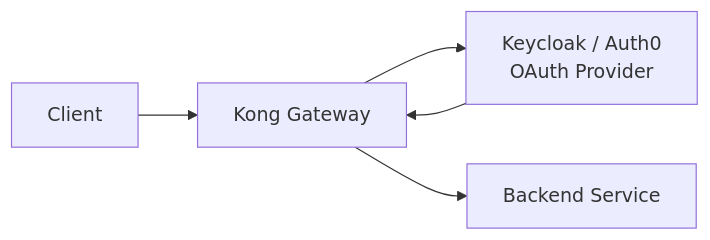
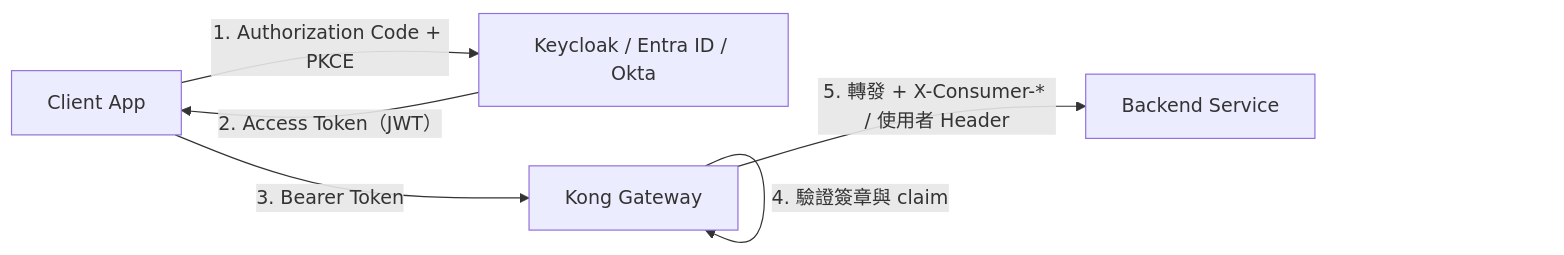
Before and after one commit to chihhung/Blog: diagram 12 of 22 in content/posts/教學/工具/Kong API Gateway教學手冊.md, drawn with Mermaid. The commit also changed other lines of this file and 10 other files, not shown here.

````diff
--- a/content/posts/教學/工具/Kong API Gateway教學手冊.md
+++ b/content/posts/教學/工具/Kong API Gateway教學手冊.md
@@ -1207,7 +2133,8 @@
 ```mermaid
 graph LR
-    Client[Client] --> Kong[Kong Gateway]
-    Kong --> Auth[Keycloak / Auth0<br/>OAuth Provider]
-    Auth --> Kong
-    Kong --> Backend[Backend Service]
+    Client[Client App] -->|1. Authorization Code + PKCE| IdP[Keycloak / Entra ID / Okta]
+    IdP -->|2. Access Token（JWT）| Client
+    Client -->|3. Bearer Token| Kong[Kong Gateway]
+    Kong -->|4. 驗證簽章與 claim| Kong
+    Kong -->|5. 轉發 + X-Consumer-* / 使用者 Header| Backend[Backend Service]
 ```
````
